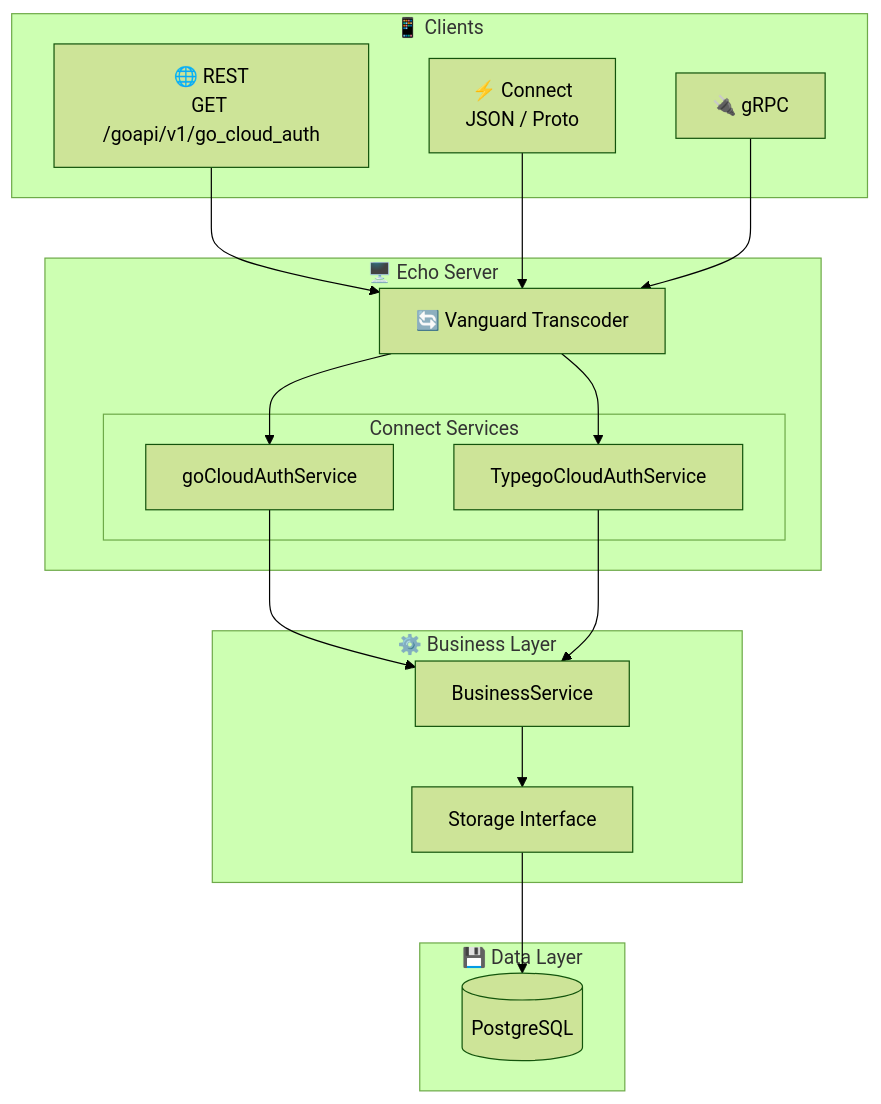
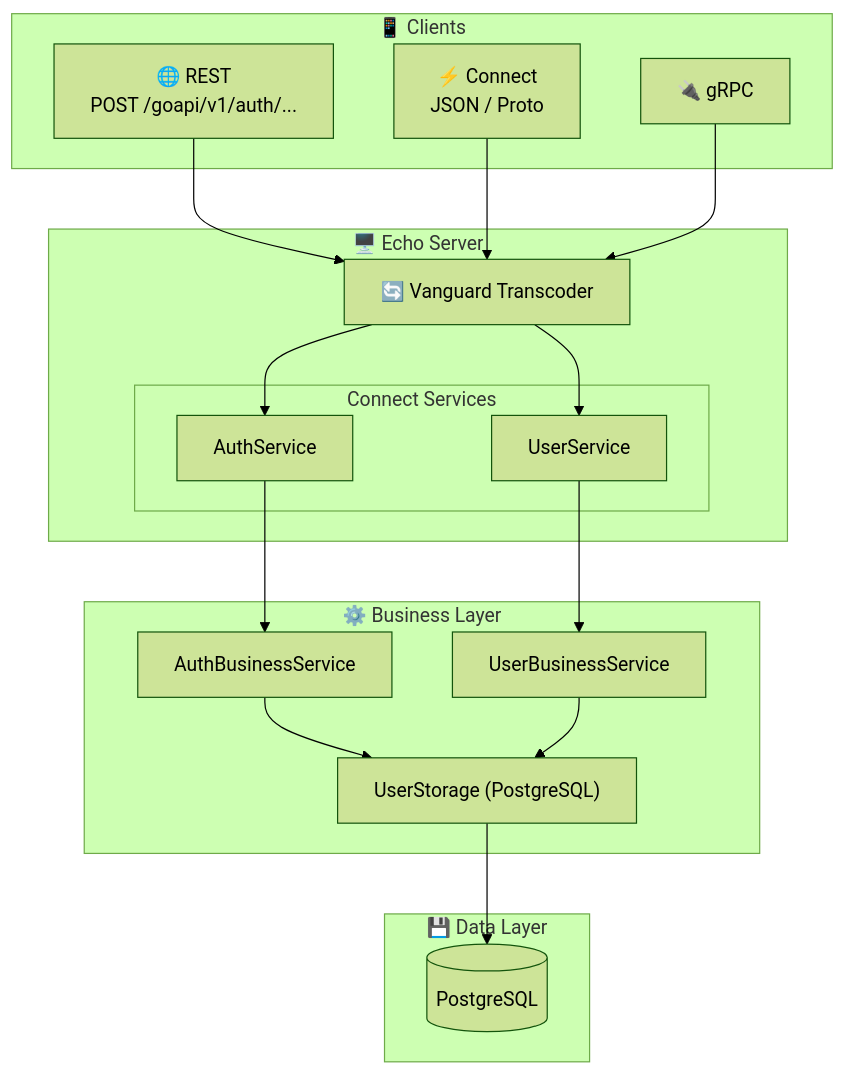
One commit to lao-tseu-is-alive/go-cloud-k8s-auth changed the diagram in README.md. Above: the diagram before and after it, drawn with Mermaid (forest theme). The commit also changed other lines of this file, not shown here.

````diff
--- a/README.md
+++ b/README.md
@@ -28,35 +30,37 @@
 ```mermaid
 graph TB
     subgraph Clients["📱 Clients"]
-        REST["🌐 REST<br/>GET /goapi/v1/go_cloud_auth"]
+        REST["🌐 REST<br/>POST /goapi/v1/auth/..."]
         CONNECT["⚡ Connect<br/>JSON / Proto"]
         GRPC["🔌 gRPC"]
     end
     
     subgraph Server["🖥️ Echo Server"]
         VG["🔄 Vanguard Transcoder"]
         subgraph Services["Connect Services"]
-            TS["goCloudAuthService"]
-            TTS["TypegoCloudAuthService"]
+            AS["AuthService"]
+            US["UserService"]
         end
     end
     
     subgraph Core["⚙️ Business Layer"]
-        BS["BusinessService"]
-        ST["Storage Interface"]
+        ABS["AuthBusinessService"]
+        UBS["UserBusinessService"]
+        ST["UserStorage (PostgreSQL)"]
     end
     
     subgraph Data["💾 Data Layer"]
         PG[(PostgreSQL)]
     end
     
     REST --> VG
     CONNECT --> VG
     GRPC --> VG
-    VG --> TS
-    VG --> TTS
-    TS --> BS
-    TTS --> BS
-    BS --> ST
+    VG --> AS
+    VG --> US
+    AS --> ABS
+    US --> UBS
+    ABS --> ST
+    UBS --> ST
     ST --> PG
 ```
````
